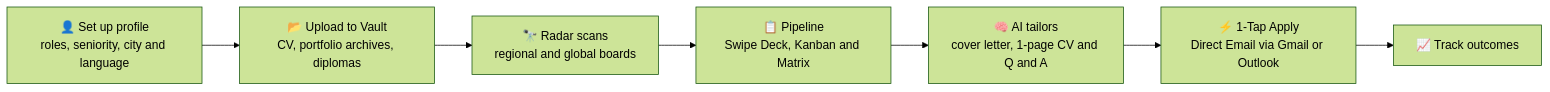
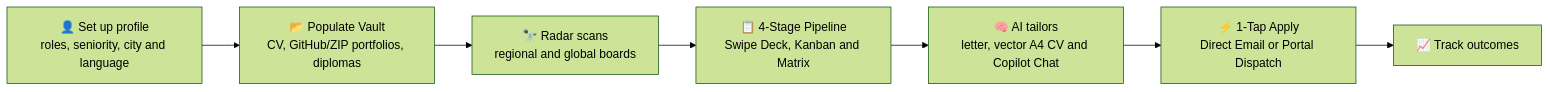
Before and after one commit to AlexBuildsLTS/OpusHunter-Release: the first of 4 diagrams in README.md, drawn with Mermaid (forest theme). The commit also changed other lines of this file, not shown here.

````diff
--- a/README.md
+++ b/README.md
@@ -154,9 +158,9 @@
 ```mermaid
 flowchart LR
-    A["👤 Set up profile<br/>roles, seniority, city and language"] --> B["📂 Upload to Vault<br/>CV, portfolio archives, diplomas"]
+    A["👤 Set up profile<br/>roles, seniority, city and language"] --> B["📂 Populate Vault<br/>CV, GitHub/ZIP portfolios, diplomas"]
     B --> C["🔭 Radar scans<br/>regional and global boards"]
-    C --> D["📋 Pipeline<br/>Swipe Deck, Kanban and Matrix"]
-    D --> E["🧠 AI tailors<br/>cover letter, 1-page CV and Q and A"]
-    E --> F["⚡ 1-Tap Apply<br/>Direct Email via Gmail or Outlook"]
+    C --> D["📋 4-Stage Pipeline<br/>Swipe Deck, Kanban and Matrix"]
+    D --> E["🧠 AI tailors<br/>letter, vector A4 CV and Copilot Chat"]
+    E --> F["⚡ 1-Tap Apply<br/>Direct Email or Portal Dispatch"]
     F --> G["📈 Track outcomes"]
 ```
````
